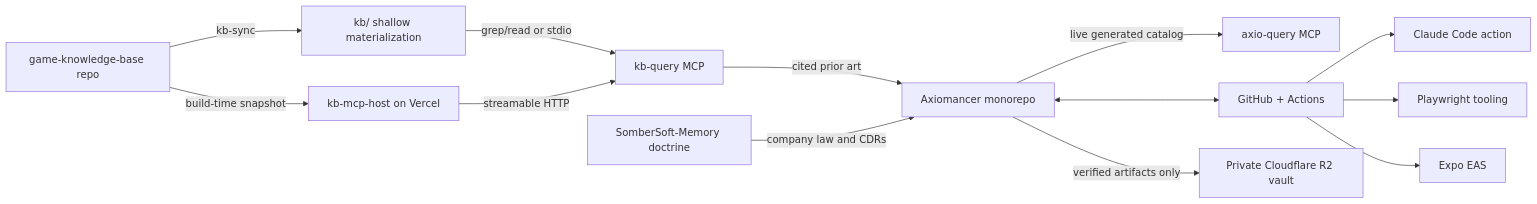
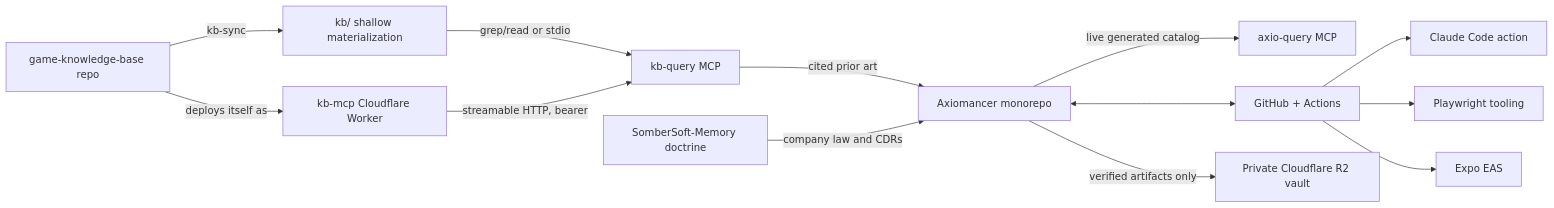
One commit to no-trbl-2-u/Axiomancer changed the diagram in docs/external-architecture.md. Above: the diagram before and after it, drawn with Mermaid. The commit also changed other lines of this file and 21 other files, not shown here.

````diff
--- a/docs/external-architecture.md
+++ b/docs/external-architecture.md
@@ -5,28 +5,28 @@
 ```mermaid
 flowchart LR
   A[Axiomancer monorepo]
   KB[game-knowledge-base repo]
   KBL[kb/ shallow materialization]
-  KBH[kb-mcp-host on Vercel]
+  KBH[kb-mcp Cloudflare Worker]
   MCP[kb-query MCP]
   AX[axio-query MCP]
   SS[SomberSoft-Memory doctrine]
   GH[GitHub + Actions]
   CL[Claude Code action]
   PW[Playwright tooling]
   EAS[Expo EAS]
   R2[Private Cloudflare R2 vault]
 
   KB -->|kb-sync| KBL
-  KB -->|build-time snapshot| KBH
+  KB -->|deploys itself as| KBH
   KBL -->|grep/read or stdio| MCP
-  KBH -->|streamable HTTP| MCP
+  KBH -->|streamable HTTP, bearer| MCP
   MCP -->|cited prior art| A
   A -->|live generated catalog| AX
   SS -->|company law and CDRs| A
   A <--> GH
   GH --> CL
   GH --> PW
   GH --> EAS
   A -->|verified artifacts only| R2
 ```
````
